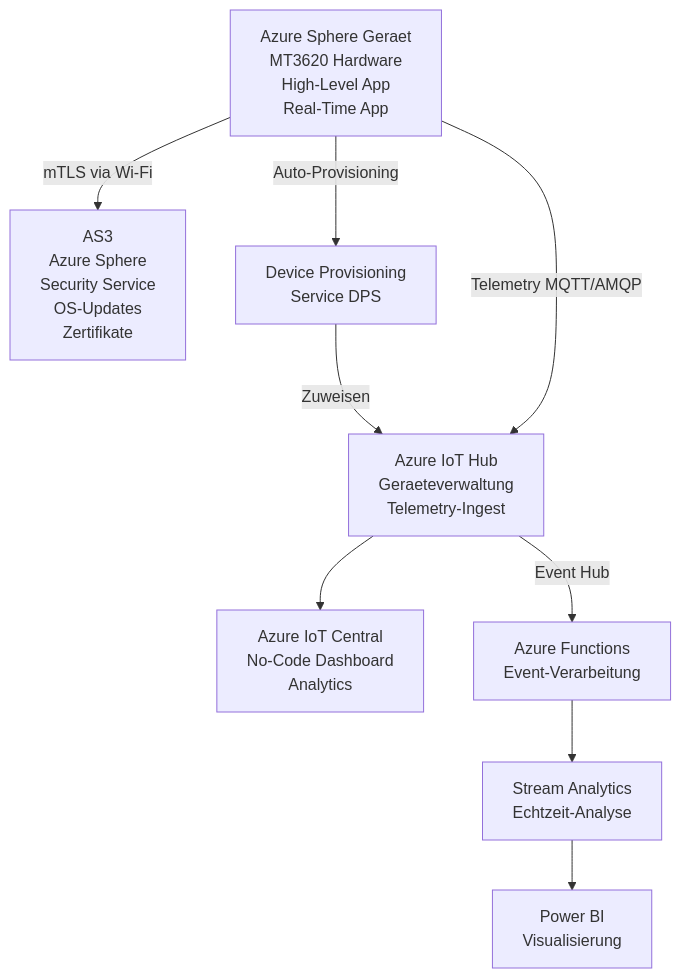
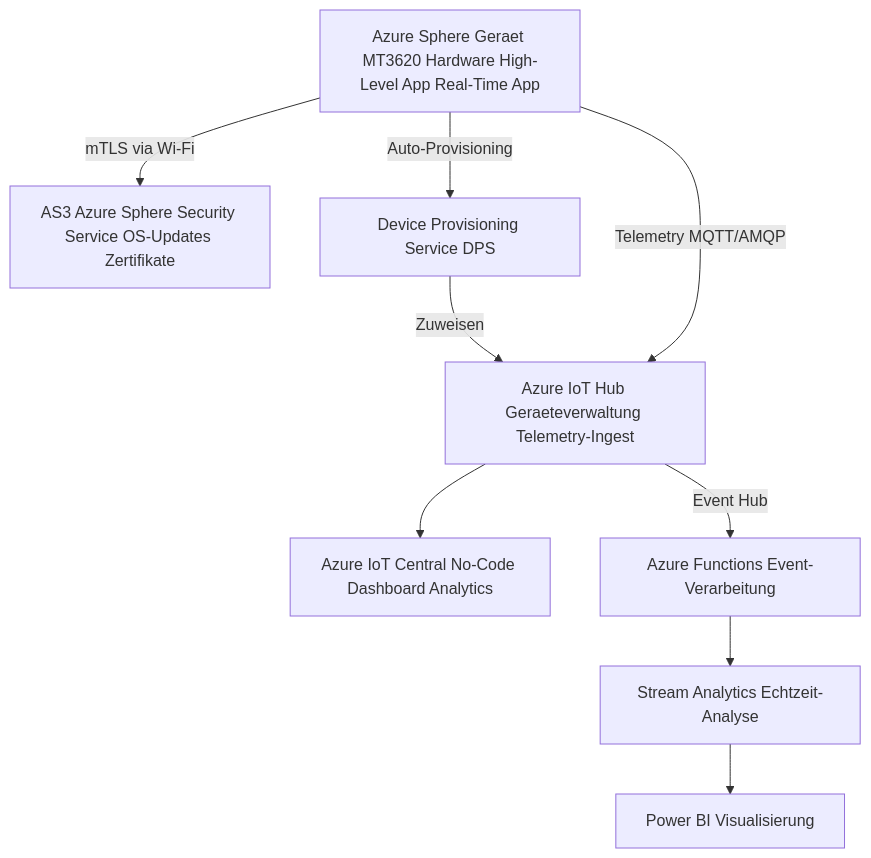
One commit to SoniiiT/notes-n-docs changed the sixth of 6 diagrams in Microsoft 365/Azure/IoT/Azure Sphere.md. Above: the diagram before and after it, drawn with Mermaid. The commit also changed other lines of this file and 124 other files, not shown here.

First line of the commit message:
fix: Entferne \n aus allen Mermaid-Diagrammen (125 Dateien)

````diff
--- a/Microsoft 365/Azure/IoT/Azure Sphere.md
+++ b/Microsoft 365/Azure/IoT/Azure Sphere.md
@@ -562,19 +562,19 @@
 ```mermaid
 graph TD
-    HW["Azure Sphere Geraet\nMT3620 Hardware\nHigh-Level App\nReal-Time App"]
-    AS3["AS3\nAzure Sphere\nSecurity Service\nOS-Updates\nZertifikate"]
-    DPS["Device Provisioning\nService DPS"]
-    IH["Azure IoT Hub\nGeraeteverwaltung\nTelemetry-Ingest"]
-    IC["Azure IoT Central\nNo-Code Dashboard\nAnalytics"]
-    AF["Azure Functions\nEvent-Verarbeitung"]
-    SA["Stream Analytics\nEchtzeit-Analyse"]
-    PBI["Power BI\nVisualisierung"]
+    HW["Azure Sphere Geraet MT3620 Hardware High-Level App Real-Time App"]
+    AS3["AS3 Azure Sphere Security Service OS-Updates Zertifikate"]
+    DPS["Device Provisioning Service DPS"]
+    IH["Azure IoT Hub Geraeteverwaltung Telemetry-Ingest"]
+    IC["Azure IoT Central No-Code Dashboard Analytics"]
+    AF["Azure Functions Event-Verarbeitung"]
+    SA["Stream Analytics Echtzeit-Analyse"]
+    PBI["Power BI Visualisierung"]
     HW -->|mTLS via Wi-Fi| AS3
     HW -->|Auto-Provisioning| DPS
     DPS -->|Zuweisen| IH
     HW -->|Telemetry MQTT/AMQP| IH
     IH -->|Event Hub| AF
     IH --> IC
     AF --> SA
     SA --> PBI
 ```
````
